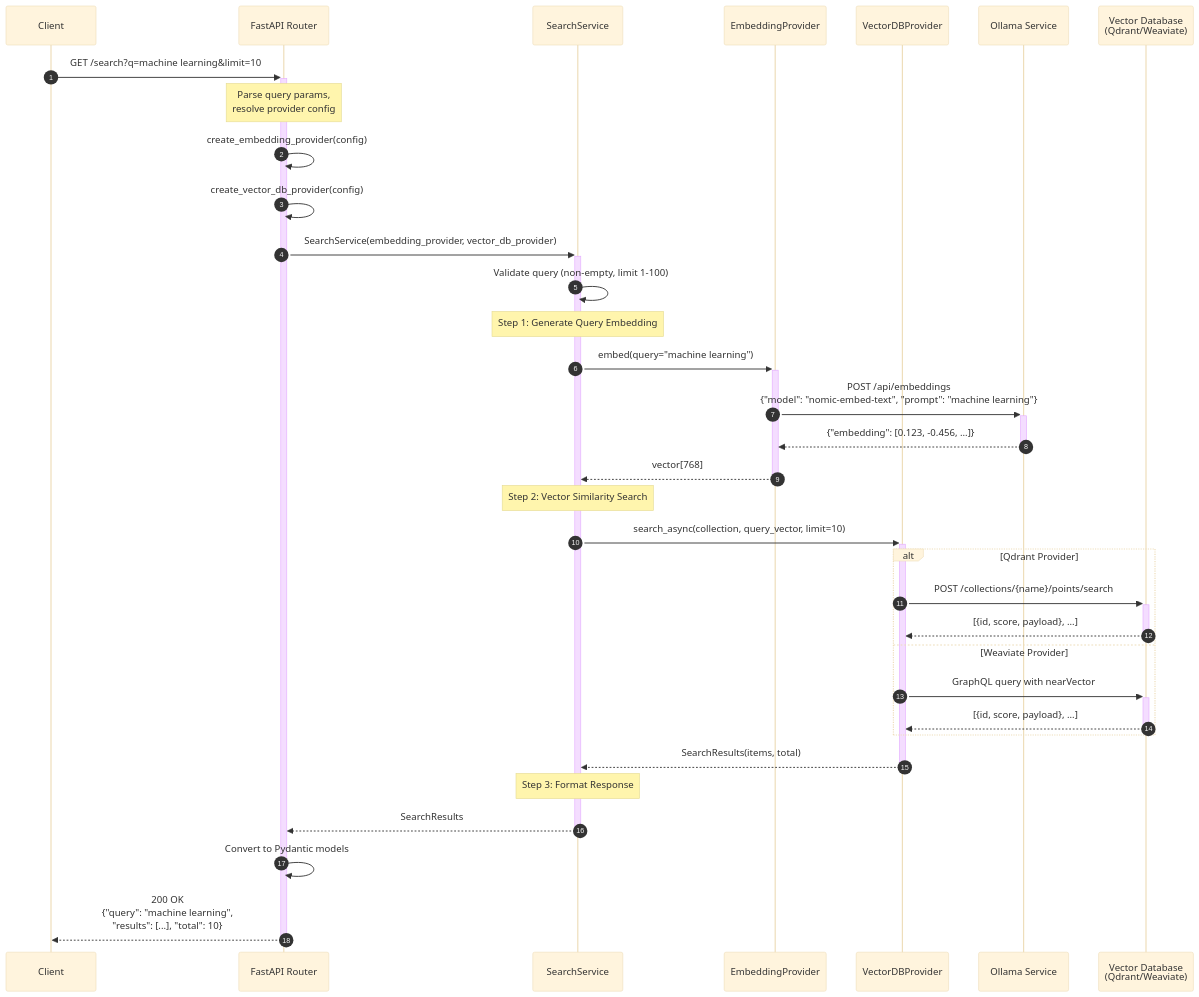
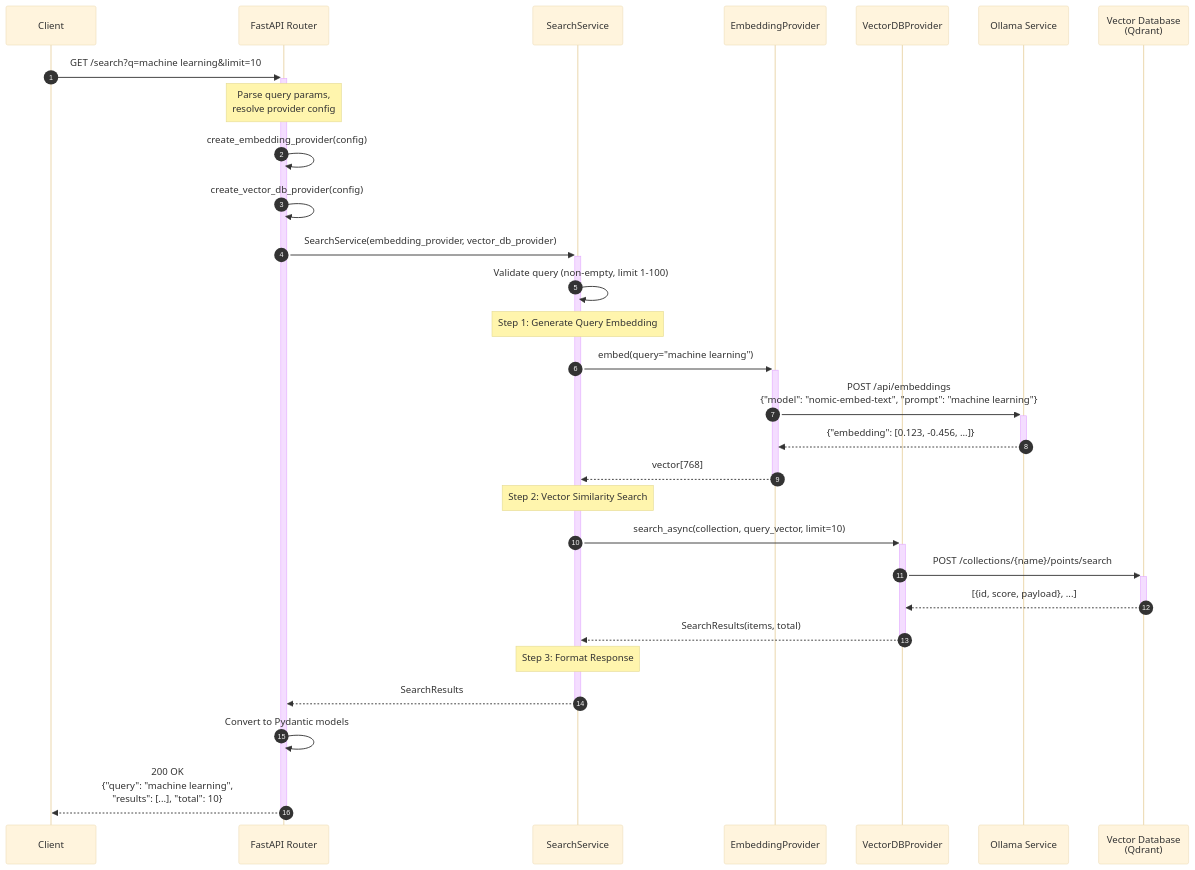
Before and after one commit to gt-sse-center/iNatInq: the diagram in charts/query-engine-sequence.md, drawn with Mermaid (base theme). The commit also changed 75 other files, not shown here.

First line of the commit message:
refactor: remove Weaviate vector DB provider support

````diff
--- a/charts/query-engine-sequence.md
+++ b/charts/query-engine-sequence.md
@@ -3,50 +3,45 @@
 ```mermaid
 sequenceDiagram
     autonumber
     participant C as Client
     participant API as FastAPI Router
     participant SS as SearchService
     participant EP as EmbeddingProvider
     participant VDP as VectorDBProvider
     participant Ollama as Ollama Service
-    participant VDB as Vector Database<br/>(Qdrant/Weaviate)
+    participant VDB as Vector Database<br/>(Qdrant)
 
     C->>+API: GET /search?q=machine learning&limit=10
     
     Note over API: Parse query params,<br/>resolve provider config
     
     API->>API: create_embedding_provider(config)
     API->>API: create_vector_db_provider(config)
     API->>+SS: SearchService(embedding_provider, vector_db_provider)
 
     SS->>SS: Validate query (non-empty, limit 1-100)
 
     Note over SS: Step 1: Generate Query Embedding
     
     SS->>+EP: embed(query="machine learning")
     EP->>+Ollama: POST /api/embeddings<br/>{"model": "nomic-embed-text", "prompt": "machine learning"}
     Ollama-->>-EP: {"embedding": [0.123, -0.456, ...]}
     EP-->>-SS: vector[768]
 
     Note over SS: Step 2: Vector Similarity Search
     
     SS->>+VDP: search_async(collection, query_vector, limit=10)
     
-    alt Qdrant Provider
-        VDP->>+VDB: POST /collections/{name}/points/search
-        VDB-->>-VDP: [{id, score, payload}, ...]
-    else Weaviate Provider
-        VDP->>+VDB: GraphQL query with nearVector
-        VDB-->>-VDP: [{id, score, payload}, ...]
-    end
+    VDP->>+VDB: POST /collections/{name}/points/search
+    VDB-->>-VDP: [{id, score, payload}, ...]
     
     VDP-->>-SS: SearchResults(items, total)
 
     Note over SS: Step 3: Format Response
     
     SS-->>-API: SearchResults
 
     API->>API: Convert to Pydantic models
     
     API-->>-C: 200 OK<br/>{"query": "machine learning",<br/>"results": [...], "total": 10}
 ```
````
